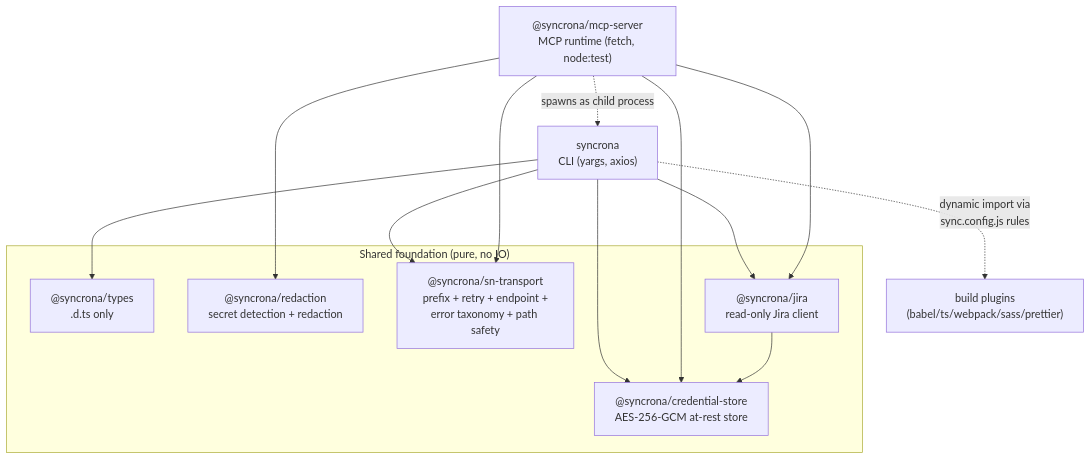
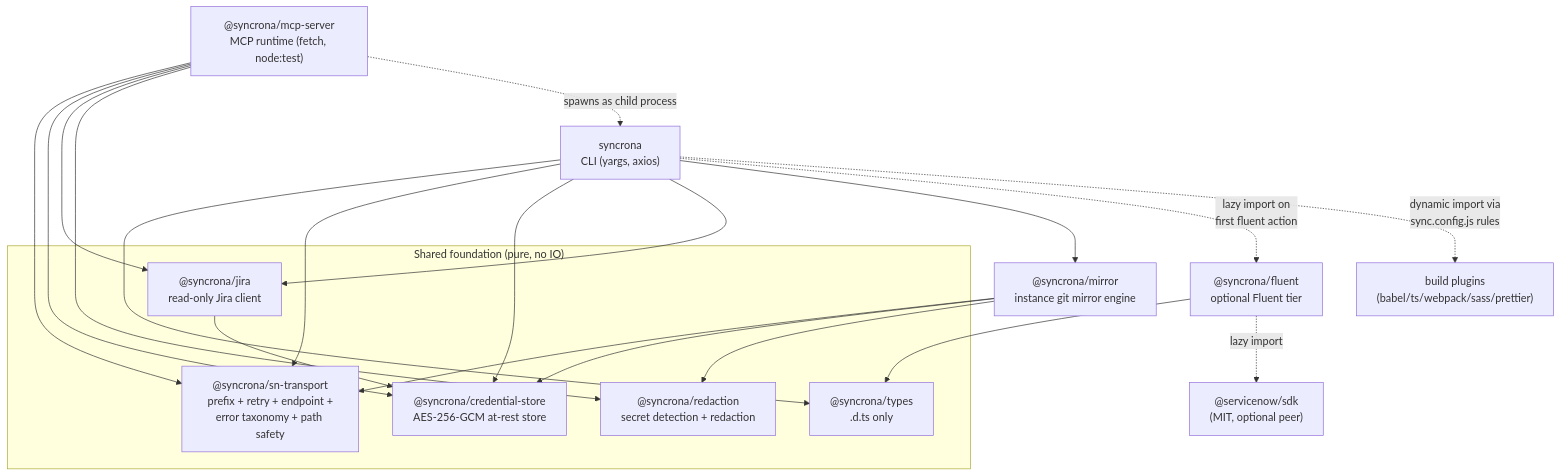
One commit to IvanBBaev/syncrona changed the first of 6 diagrams in docs/ARCHITECTURE.md. Above: the diagram before and after it, drawn with Mermaid. The commit also changed other lines of this file and 103 other files, not shown here.

````diff
--- a/docs/ARCHITECTURE.md
+++ b/docs/ARCHITECTURE.md
@@ -30,26 +32,36 @@
 ```mermaid
 graph TD
     subgraph shared["Shared foundation (pure, no IO)"]
         types["@syncrona/types<br/>.d.ts only"]
         redaction["@syncrona/redaction<br/>secret detection + redaction"]
         transport["@syncrona/sn-transport<br/>prefix + retry + endpoint +<br/>error taxonomy + path safety"]
         credstore["@syncrona/credential-store<br/>AES-256-GCM at-rest store"]
         jira["@syncrona/jira<br/>read-only Jira client"]
     end
 
     core["syncrona<br/>CLI (yargs, axios)"]
     mcp["@syncrona/mcp-server<br/>MCP runtime (fetch, node:test)"]
     plugins["build plugins<br/>(babel/ts/webpack/sass/prettier)"]
+    mirror["@syncrona/mirror<br/>instance git mirror engine"]
+    fluent["@syncrona/fluent<br/>optional Fluent tier"]
+    sdk["@servicenow/sdk<br/>(MIT, optional peer)"]
 
     core --> types
     core --> transport
     core --> credstore
     core --> jira
     mcp --> transport
     mcp --> credstore
     mcp --> jira
     mcp --> redaction
     jira --> credstore
+    core --> mirror
+    mirror --> transport
+    mirror --> credstore
+    mirror --> redaction
+    fluent --> types
+    core -. "lazy import on<br/>first fluent action" .-> fluent
+    fluent -. "lazy import" .-> sdk
     mcp -. "spawns as child process" .-> core
     core -. "dynamic import via<br/>sync.config.js rules" .-> plugins
 ```
````
